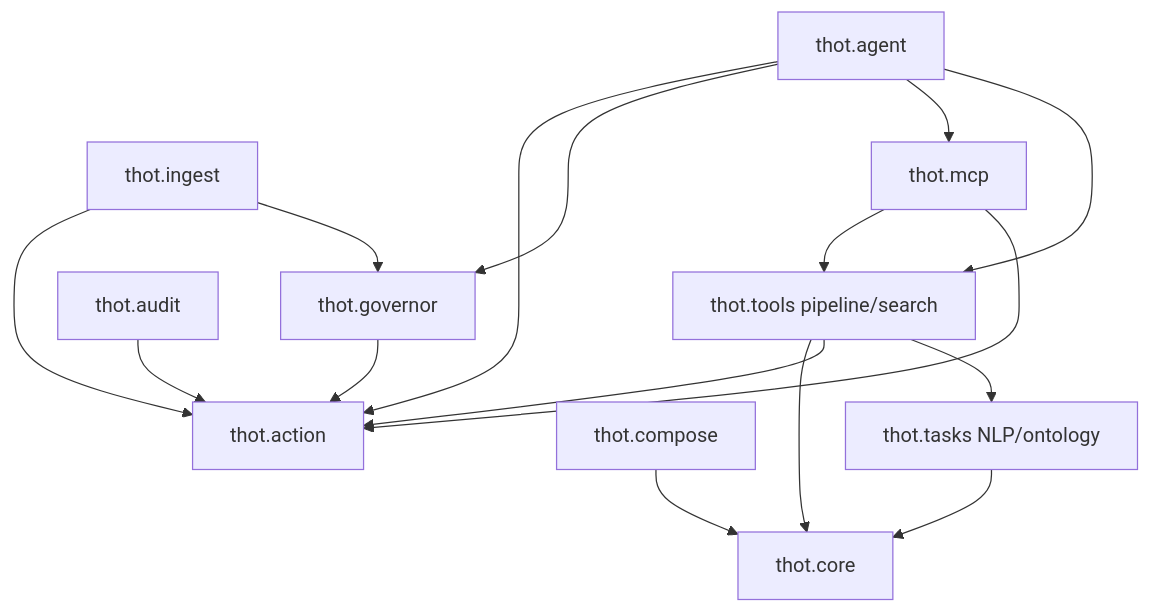
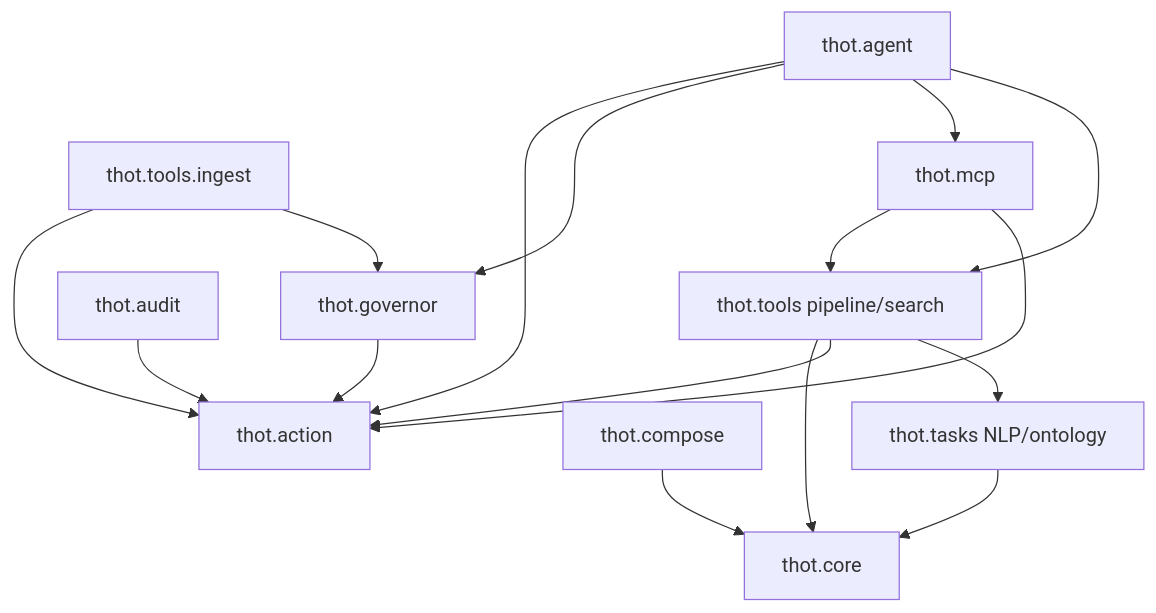
One commit to ThalesGroup/t-keir changed the third of 3 diagrams in docs/architecture/index.md. Above: the diagram before and after it, drawn with Mermaid. The commit also changed 151 other files, not shown here.

````diff
--- a/docs/architecture/index.md
+++ b/docs/architecture/index.md
@@ -134,29 +134,29 @@
 ```mermaid
 flowchart TB
   tools[thot.tools pipeline/search]
   action[thot.action]
   agent[thot.agent]
   audit[thot.audit]
   governor[thot.governor]
-  ingest[thot.ingest]
+  ingest[thot.tools.ingest]
   mcp[thot.mcp]
   compose[thot.compose]
   core[thot.core]
   tasks[thot.tasks NLP/ontology]
 
   tools --> core
   tools --> action
   tools --> tasks
   agent --> action
   agent --> governor
   agent --> mcp
   agent --> tools
   ingest --> action
   ingest --> governor
   audit --> action
   governor --> action
   mcp --> tools
   mcp --> action
   compose --> core
   tasks --> core
 ```
````
